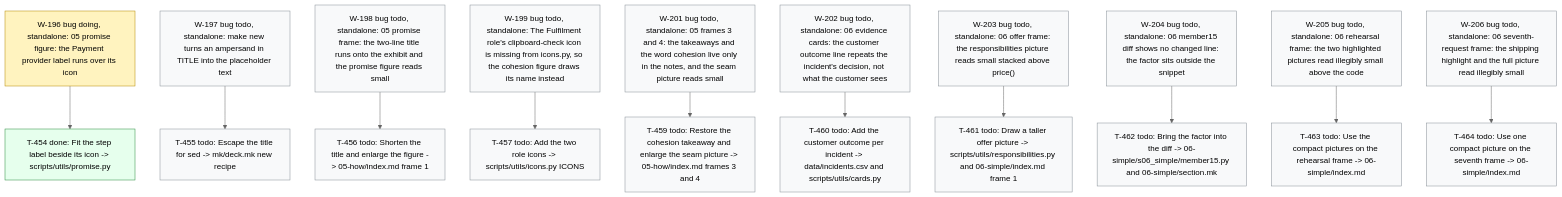
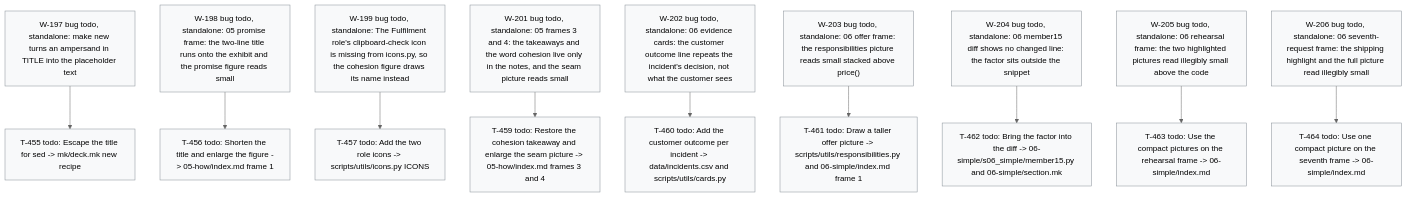
The diagram in .board/BOARD.md (dpopchev/chaos-to-simple), drawn with Mermaid (neutral theme) before and after one commit. The commit also changed other lines of this file and 3 other files, not shown here.

````diff
--- a/.board/BOARD.md
+++ b/.board/BOARD.md
@@ -1169,31 +1174,27 @@
 ```mermaid
 flowchart TD
-  W196["W-196 bug doing, standalone: 05 promise figure: the Payment provider label runs over its icon"]
-  W196 --> T454["T-454 done: Fit the step label beside its icon -> scripts/utils/promise.py"]
   W197["W-197 bug todo, standalone: make new turns an ampersand in TITLE into the placeholder text"]
   W197 --> T455["T-455 todo: Escape the title for sed -> mk/deck.mk new recipe"]
   W198["W-198 bug todo, standalone: 05 promise frame: the two-line title runs onto the exhibit and the promise figure reads small"]
   W198 --> T456["T-456 todo: Shorten the title and enlarge the figure -> 05-how/index.md frame 1"]
   W199["W-199 bug todo, standalone: The Fulfilment role's clipboard-check icon is missing from icons.py, so the cohesion figure draws its name instead"]
   W199 --> T457["T-457 todo: Add the two role icons -> scripts/utils/icons.py ICONS"]
   W201["W-201 bug todo, standalone: 05 frames 3 and 4: the takeaways and the word cohesion live only in the notes, and the seam picture reads small"]
   W201 --> T459["T-459 todo: Restore the cohesion takeaway and enlarge the seam picture -> 05-how/index.md frames 3 and 4"]
   W202["W-202 bug todo, standalone: 06 evidence cards: the customer outcome line repeats the incident's decision, not what the customer sees"]
   W202 --> T460["T-460 todo: Add the customer outcome per incident -> data/incidents.csv and scripts/utils/cards.py"]
   W203["W-203 bug todo, standalone: 06 offer frame: the responsibilities picture reads small stacked above price()"]
   W203 --> T461["T-461 todo: Draw a taller offer picture -> scripts/utils/responsibilities.py and 06-simple/index.md frame 1"]
   W204["W-204 bug todo, standalone: 06 member15 diff shows no changed line: the factor sits outside the snippet"]
   W204 --> T462["T-462 todo: Bring the factor into the diff -> 06-simple/s06_simple/member15.py and 06-simple/section.mk"]
   W205["W-205 bug todo, standalone: 06 rehearsal frame: the two highlighted pictures read illegibly small above the code"]
   W205 --> T463["T-463 todo: Use the compact pictures on the rehearsal frame -> 06-simple/index.md"]
   W206["W-206 bug todo, standalone: 06 seventh-request frame: the shipping highlight and the full picture read illegibly small"]
   W206 --> T464["T-464 todo: Use one compact picture on the seventh frame -> 06-simple/index.md"]
   classDef doing fill:#fff3bf,stroke:#b58900,color:#000;
   classDef blocked fill:#ffe3e3,stroke:#c92a2a,color:#000;
   classDef done fill:#e6ffed,stroke:#2b8a3e,color:#000;
   classDef todo fill:#f8f9fa,stroke:#868e96,color:#000;
   classDef pruned fill:#f1f3f5,stroke:#adb5bd,color:#000;
-  class W196 doing
-  class T454 done
   class W197,T455,W198,T456,W199,T457,W201,T459,W202,T460,W203,T461,W204,T462,W205,T463,W206,T464 todo
 ```
````
